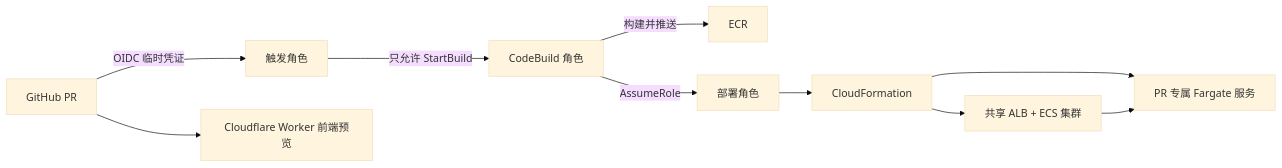
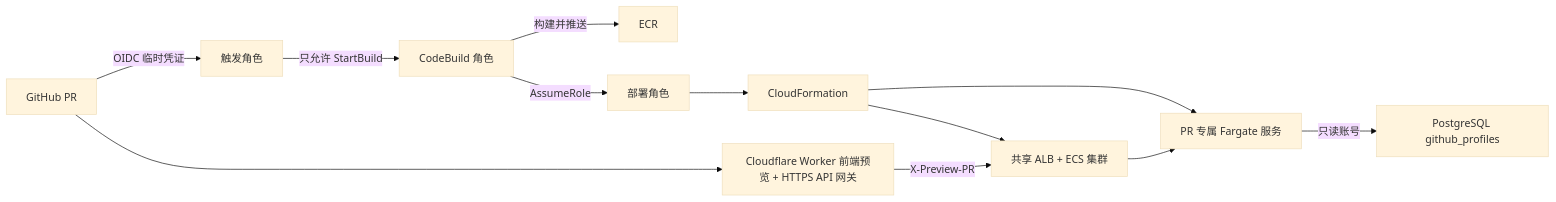
Before and after one commit to Chi111/aws-test: the first of 2 diagrams in docs/pr-preview-architecture.md, drawn with Mermaid (base theme). The commit also changed other lines of this file and 17 other files, not shown here.

````diff
--- a/docs/pr-preview-architecture.md
+++ b/docs/pr-preview-architecture.md
@@ -12,12 +12,14 @@
 ```mermaid
 flowchart LR
   PR["GitHub PR"] -->|"OIDC 临时凭证"| Trigger["触发角色"]
   Trigger -->|"只允许 StartBuild"| CB["CodeBuild 角色"]
   CB -->|"构建并推送"| ECR["ECR"]
   CB -->|"AssumeRole"| Deploy["部署角色"]
   Deploy --> CFN["CloudFormation"]
   CFN --> Base["共享 ALB + ECS 集群"]
   CFN --> Preview["PR 专属 Fargate 服务"]
-  PR --> CF["Cloudflare Worker 前端预览"]
+  PR --> CF["Cloudflare Worker 前端预览 + HTTPS API 网关"]
+  CF -->|"X-Preview-PR"| Base
   Base --> Preview
+  Preview -->|"只读账号"| DB["PostgreSQL github_profiles"]
 ```
````
